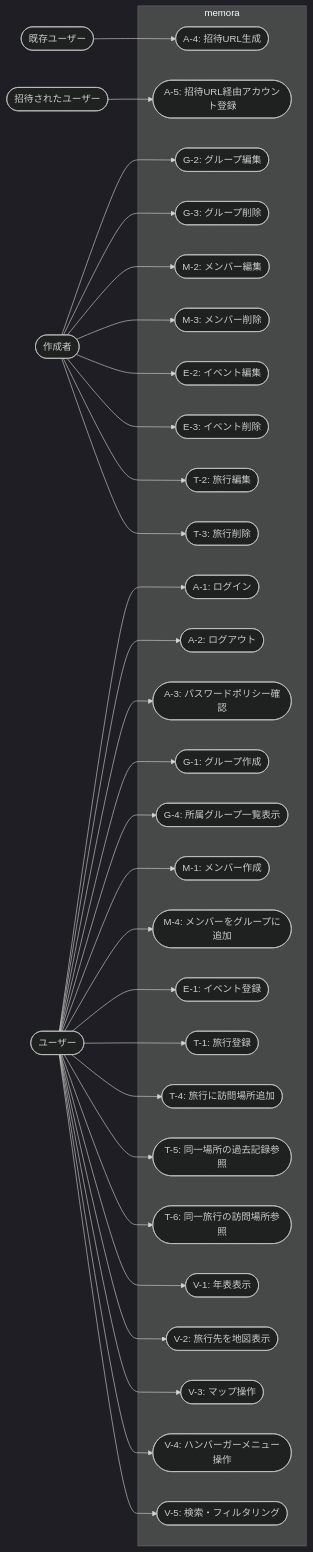
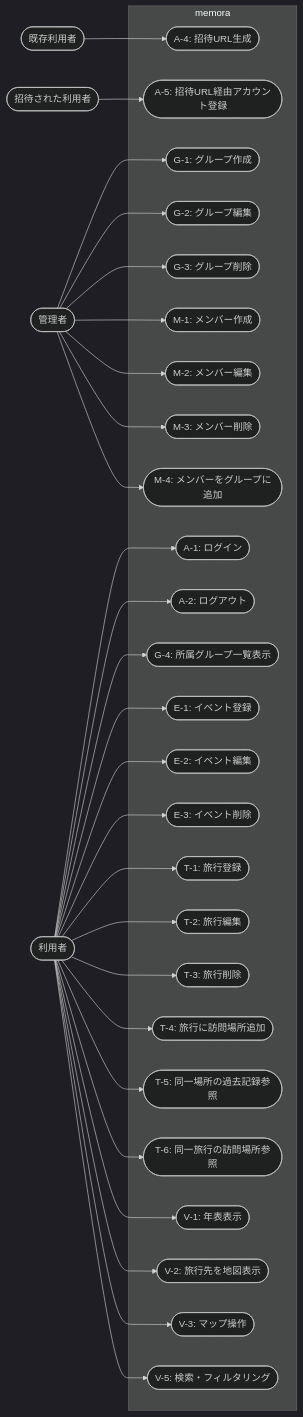
The diagram in doc/usecase_diagram.md (taka-016/memora), drawn with Mermaid (dark theme) before and after one commit. The commit also changed other lines of this file and 1 other file, not shown here.

````diff
--- a/doc/usecase_diagram.md
+++ b/doc/usecase_diagram.md
@@ -66,81 +64,77 @@
 ```mermaid
 graph LR
     %% アクター定義
-    User([ユーザー])
-    Creator([作成者])
-    InvitedUser([招待されたユーザー])
-    ExistingUser([既存ユーザー])
+    Creator([管理者])
+    User([利用者])
+    ExistingUser([既存利用者])
+    InvitedUser([招待された利用者])
     
     %% システム境界
     subgraph "memora"
         %% 認証・セキュリティ系
         A1([A-1: ログイン])
         A2([A-2: ログアウト])
-        A3([A-3: パスワードポリシー確認])
-        A4([A-4: 招待URL生成])
-        A5([A-5: 招待URL経由アカウント登録])
+        A3([A-4: 招待URL生成])
+        A4([A-5: 招待URL経由アカウント登録])
         
         %% 基本データ管理系 - グループ管理
         G1([G-1: グループ作成])
         G2([G-2: グループ編集])
         G3([G-3: グループ削除])
         G4([G-4: 所属グループ一覧表示])
         
         %% 基本データ管理系 - メンバー管理
         M1([M-1: メンバー作成])
         M2([M-2: メンバー編集])
         M3([M-3: メンバー削除])
         M4([M-4: メンバーをグループに追加])
         
         %% イベント管理系
         E1([E-1: イベント登録])
         E2([E-2: イベント編集])
         E3([E-3: イベント削除])
         
         %% 旅行管理系
         T1([T-1: 旅行登録])
         T2([T-2: 旅行編集])
         T3([T-3: 旅行削除])
         T4([T-4: 旅行に訪問場所追加])
         T5([T-5: 同一場所の過去記録参照])
         T6([T-6: 同一旅行の訪問場所参照])
         
         %% 表示・UI系
         V1([V-1: 年表表示])
         V2([V-2: 旅行先を地図表示])
         V3([V-3: マップ操作])
-        V4([V-4: ハンバーガーメニュー操作])
-        V5([V-5: 検索・フィルタリング])
+        V4([V-5: 検索・フィルタリング])
     end
     
     %% アクターとユースケースの関係
+    Creator --> G1
+    Creator --> G2
+    Creator --> G3
+    Creator --> M1
+    Creator --> M2
+    Creator --> M3
+    Creator --> M4
+
     User --> A1
     User --> A2
-    User --> A3
-    User --> G1
     User --> G4
-    User --> M1
-    User --> M4
     User --> E1
+    User --> E2
+    User --> E3
     User --> T1
+    User --> T2
+    User --> T3
     User --> T4
     User --> T5
     User --> T6
     User --> V1
     User --> V2
     User --> V3
     User --> V4
-    User --> V5
     
-    Creator --> G2
-    Creator --> G3
-    Creator --> M2
-    Creator --> M3
-    Creator --> E2
-    Creator --> E3
-    Creator --> T2
-    Creator --> T3
-    
-    ExistingUser --> A4
-    InvitedUser --> A5
+    ExistingUser --> A3
+    InvitedUser --> A4
 ```
````
